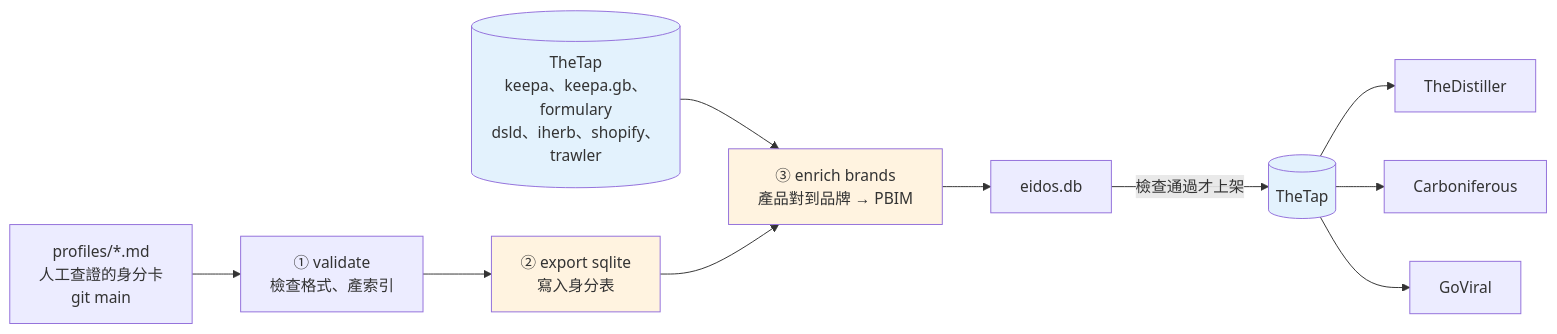
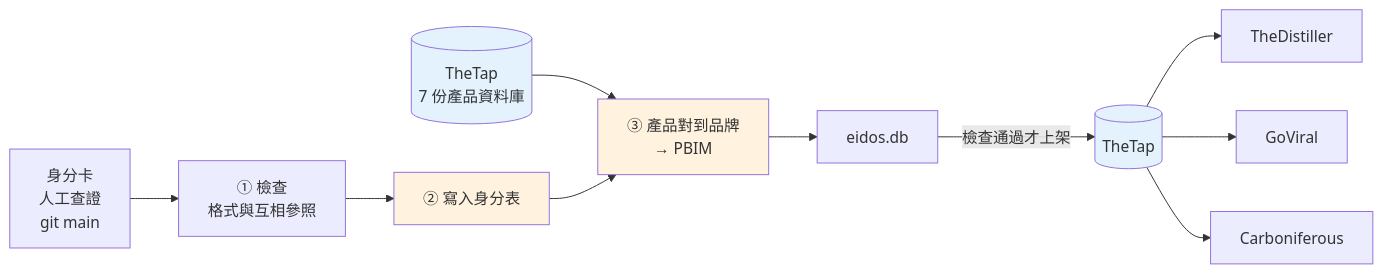
One commit to mapleelpam/LuminNexus-LearningMap changed the diagram in projects/alchemymind/eidos.md. Above: the diagram before and after it, drawn with Mermaid. The commit also changed other lines of this file and 18 other files, not shown here.

````diff
--- a/projects/alchemymind/eidos.md
+++ b/projects/alchemymind/eidos.md
@@ -94,17 +90,17 @@
 ```mermaid
 graph LR
-    PR[profiles/*.md<br/>人工查證的身分卡<br/>git main] --> V[① validate<br/>檢查格式、產索引]
-    V --> EX[② export sqlite<br/>寫入身分表]
-    TAPIN[(TheTap<br/>keepa、keepa.gb、formulary<br/>dsld、iherb、shopify、trawler)] --> EN
-    EX --> EN[③ enrich brands<br/>產品對到品牌 → PBIM]
+    PR[身分卡<br/>人工查證<br/>git main] --> V[① 檢查<br/>格式與互相參照]
+    V --> EX[② 寫入身分表]
+    TAPIN[(TheTap<br/>7 份產品資料庫)] --> EN
+    EX --> EN[③ 產品對到品牌<br/>→ PBIM]
     EN --> DB[eidos.db]
     DB -->|檢查通過才上架| TAPOUT[(TheTap)]
     TAPOUT --> DI[TheDistiller]
+    TAPOUT --> GV[GoViral]
     TAPOUT --> CA[Carboniferous]
-    TAPOUT --> GV[GoViral]
 
     style EX fill:#fff3e0
     style EN fill:#fff3e0
     style TAPIN fill:#e3f2fd
     style TAPOUT fill:#e3f2fd
 ```
````
